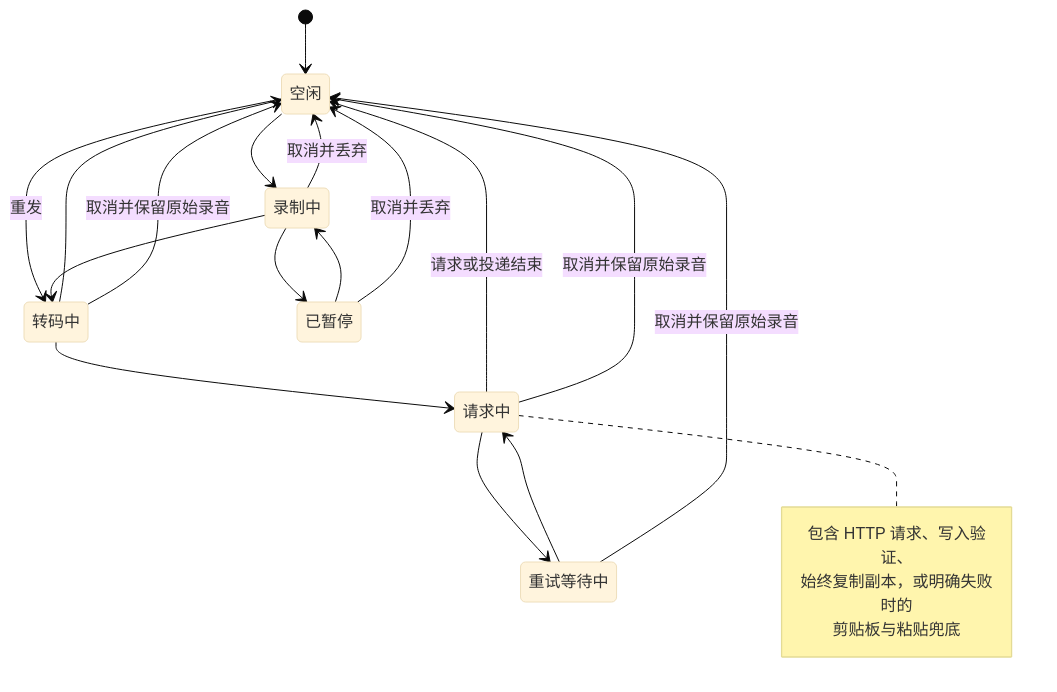
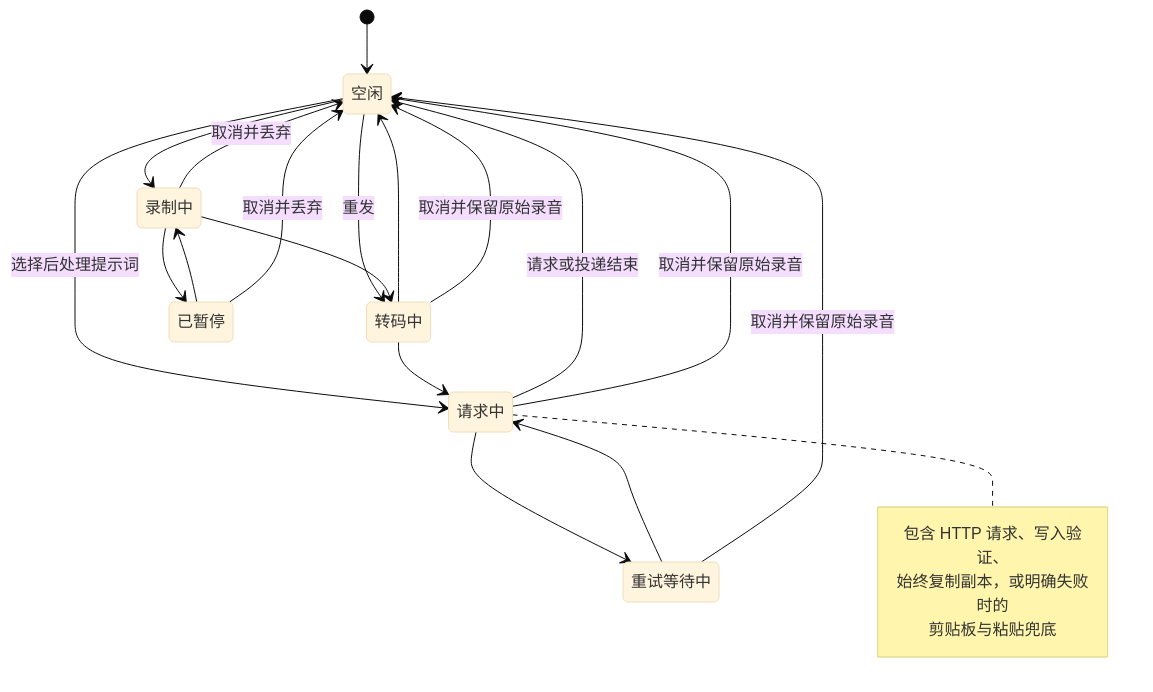
One commit to Joey-Kot/Dictate changed the third of 3 diagrams in README_ZH.md. Above: the diagram before and after it, drawn with Mermaid (base theme). The commit also changed other lines of this file and 93 other files, not shown here.

````diff
--- a/README_ZH.md
+++ b/README_ZH.md
@@ -117,24 +142,25 @@
 ```mermaid
 stateDiagram-v2
   [*] --> 空闲
   空闲 --> 录制中
   空闲 --> 转码中: 重发
+  空闲 --> 请求中: 选择后处理提示词
   录制中 --> 已暂停
   已暂停 --> 录制中
   录制中 --> 转码中
   转码中 --> 请求中
   请求中 --> 重试等待中
   重试等待中 --> 请求中
   请求中 --> 空闲: 请求或投递结束
   转码中 --> 空闲
   录制中 --> 空闲: 取消并丢弃
   已暂停 --> 空闲: 取消并丢弃
   转码中 --> 空闲: 取消并保留原始录音
   请求中 --> 空闲: 取消并保留原始录音
   重试等待中 --> 空闲: 取消并保留原始录音
   note right of 请求中
     包含 HTTP 请求、写入验证、
     始终复制副本，或明确失败时的
     剪贴板与粘贴兜底
   end note
 ```
````
